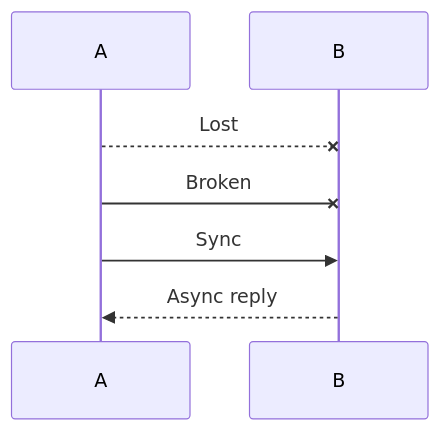
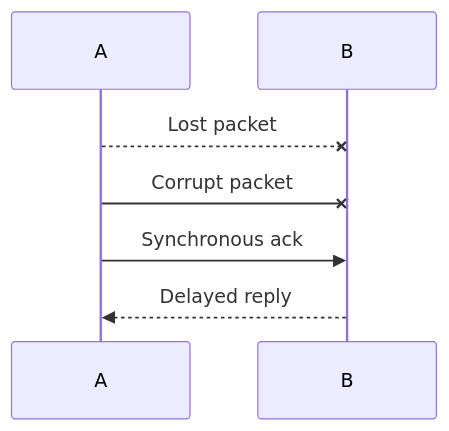
The eighth of 35 diagrams in examples/mermaid.md (Desiment/opentui-markdown-render), drawn with Mermaid before and after one commit. The commit also changed other lines of this file and 36 other files, not shown here.

````diff
--- a/examples/mermaid.md
+++ b/examples/mermaid.md
@@ -96,9 +100,9 @@
 ```mermaid
 sequenceDiagram
   participant A
   participant B
-  A--x B: Lost
-  A-x B: Broken
-  A->>B: Sync
-  B-->>A: Async reply
+  A--x B: Lost packet
+  A-x B: Corrupt packet
+  A->>B: Synchronous ack
+  B-->>A: Delayed reply
 ```
````
